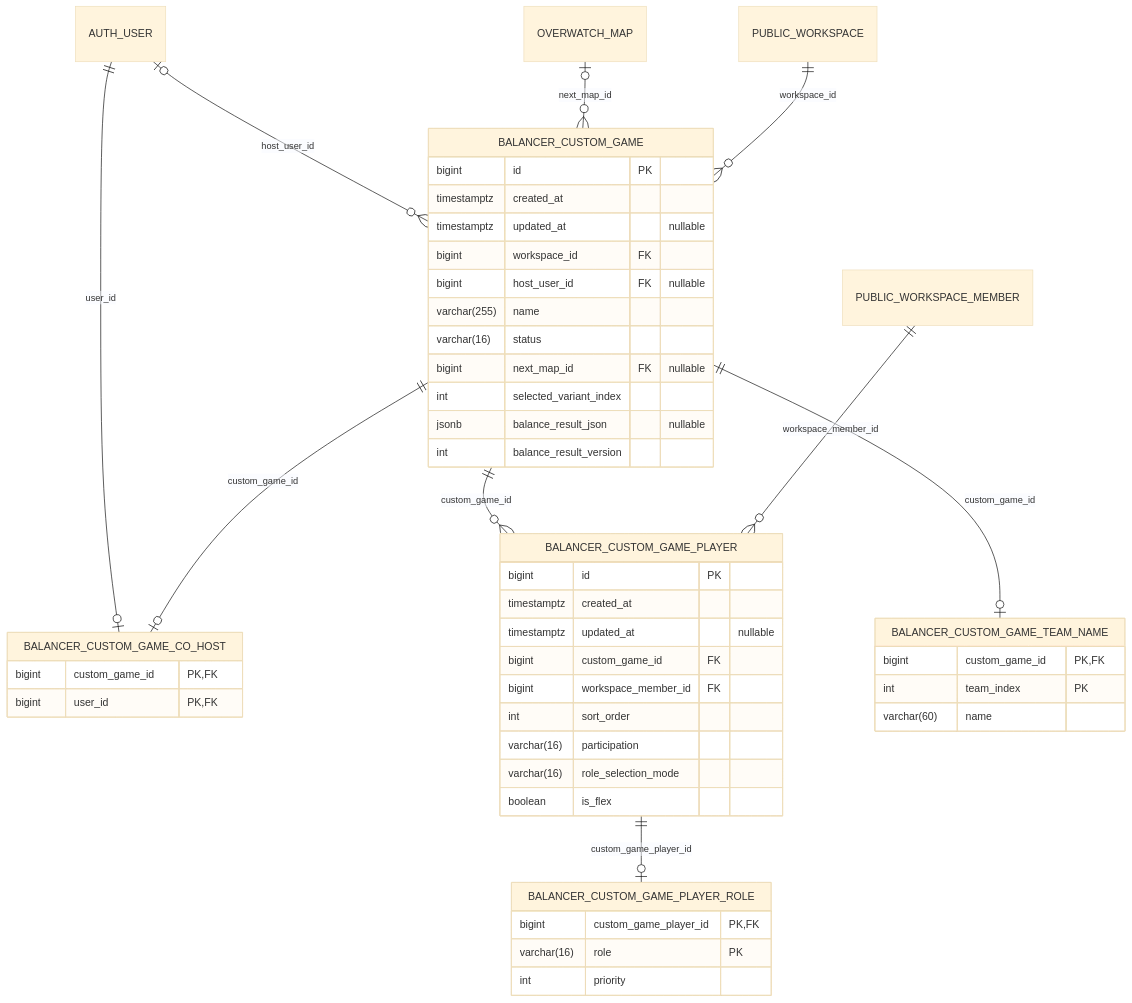
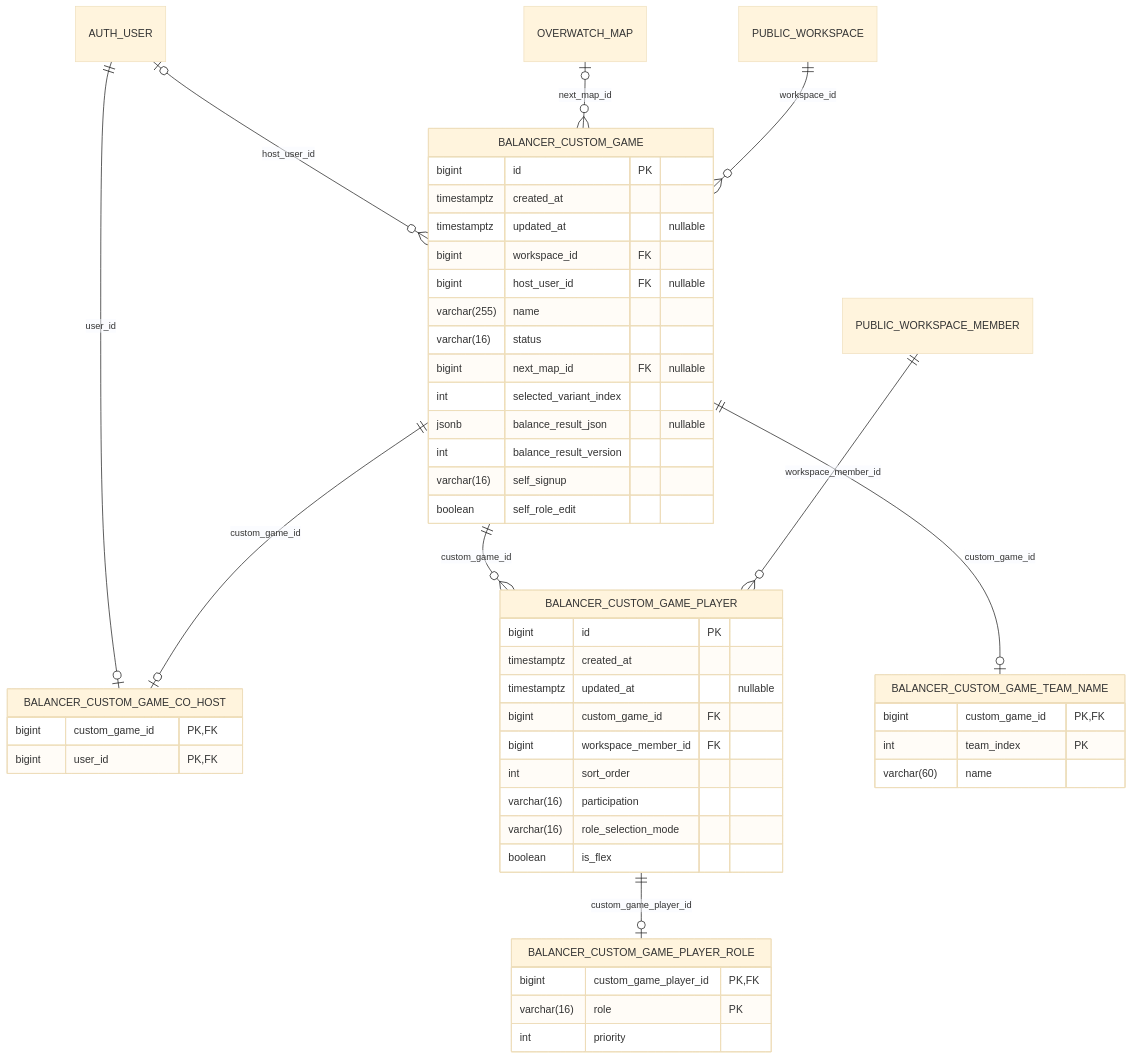
Diagram 11 of 20 in docs/database_erd.md (CraazzzyyFoxx/overwatch-tournaments), drawn with Mermaid (base theme) before and after one commit. The commit also changed other lines of this file and 10 other files, not shown here.

Commit message:
feat(mix): self-signup mode and self role-edit switch on a mix

````diff
--- a/docs/database_erd.md
+++ b/docs/database_erd.md
@@ -1917,51 +1917,53 @@
 ```mermaid
 erDiagram
     BALANCER_CUSTOM_GAME {
         bigint id PK
         timestamptz created_at
         timestamptz updated_at "nullable"
         bigint workspace_id FK
         bigint host_user_id FK "nullable"
         varchar(255) name
         varchar(16) status
         bigint next_map_id FK "nullable"
         int selected_variant_index
         jsonb balance_result_json "nullable"
         int balance_result_version
+        varchar(16) self_signup
+        boolean self_role_edit
     }
     BALANCER_CUSTOM_GAME_CO_HOST {
         bigint custom_game_id PK,FK
         bigint user_id PK,FK
     }
     BALANCER_CUSTOM_GAME_PLAYER {
         bigint id PK
         timestamptz created_at
         timestamptz updated_at "nullable"
         bigint custom_game_id FK
         bigint workspace_member_id FK
         int sort_order
         varchar(16) participation
         varchar(16) role_selection_mode
         boolean is_flex
     }
     BALANCER_CUSTOM_GAME_PLAYER_ROLE {
         bigint custom_game_player_id PK,FK
         varchar(16) role PK
         int priority
     }
     BALANCER_CUSTOM_GAME_TEAM_NAME {
         bigint custom_game_id PK,FK
         int team_index PK
         varchar(60) name
     }
 
     AUTH_USER |o--o{ BALANCER_CUSTOM_GAME : "host_user_id"
     AUTH_USER ||--o| BALANCER_CUSTOM_GAME_CO_HOST : "user_id"
     BALANCER_CUSTOM_GAME ||--o{ BALANCER_CUSTOM_GAME_PLAYER : "custom_game_id"
     BALANCER_CUSTOM_GAME ||--o| BALANCER_CUSTOM_GAME_CO_HOST : "custom_game_id"
     BALANCER_CUSTOM_GAME ||--o| BALANCER_CUSTOM_GAME_TEAM_NAME : "custom_game_id"
     BALANCER_CUSTOM_GAME_PLAYER ||--o| BALANCER_CUSTOM_GAME_PLAYER_ROLE : "custom_game_player_id"
     OVERWATCH_MAP |o--o{ BALANCER_CUSTOM_GAME : "next_map_id"
     PUBLIC_WORKSPACE ||--o{ BALANCER_CUSTOM_GAME : "workspace_id"
     PUBLIC_WORKSPACE_MEMBER ||--o{ BALANCER_CUSTOM_GAME_PLAYER : "workspace_member_id"
 ```
````
